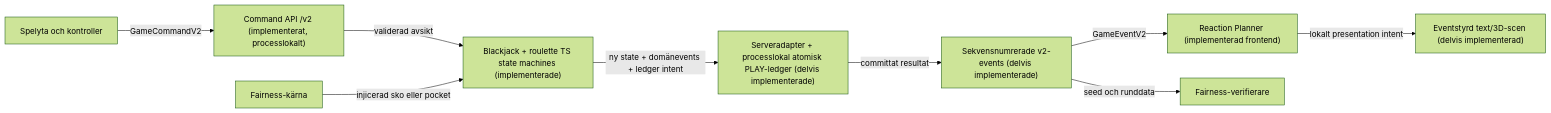
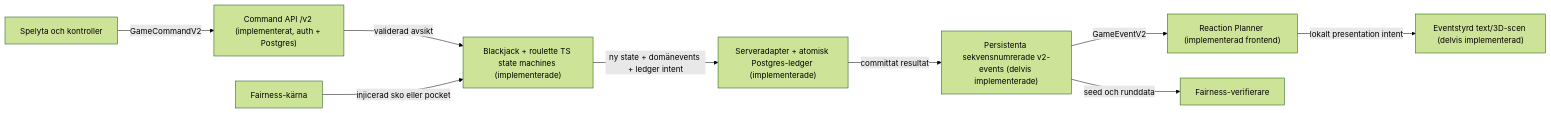
Before and after one commit to Jakeminator123/spelsajt: the first of 3 diagrams in docs/SYSTEM_CANVAS.md, drawn with Mermaid (forest theme). The commit also changed other lines of this file and 2 other files, not shown here.

````diff
--- a/docs/SYSTEM_CANVAS.md
+++ b/docs/SYSTEM_CANVAS.md
@@ -19,21 +19,21 @@
 ```mermaid
 flowchart LR
     UI["Spelyta och kontroller"]
-    API["Command API /v2 (implementerat, processlokalt)"]
+    API["Command API /v2 (implementerat, auth + Postgres)"]
     CORE["Blackjack + roulette TS state machines (implementerade)"]
     FAIR["Fairness-kärna"]
-    TX["Serveradapter + processlokal atomisk PLAY-ledger (delvis implementerade)"]
-    EVENTS["Sekvensnumrerade v2-events (delvis implementerade)"]
+    TX["Serveradapter + atomisk Postgres-ledger (implementerade)"]
+    EVENTS["Persistenta sekvensnumrerade v2-events (delvis implementerade)"]
     PLAN["Reaction Planner (implementerad frontend)"]
     SCENE["Eventstyrd text/3D-scen (delvis implementerad)"]
     VERIFY["Fairness-verifierare"]
 
     UI -->|"GameCommandV2"| API
     API -->|"validerad avsikt"| CORE
     FAIR -->|"injicerad sko eller pocket"| CORE
     CORE -->|"ny state + domänevents + ledger intent"| TX
     TX -->|"committat resultat"| EVENTS
     EVENTS -->|"GameEventV2"| PLAN
     PLAN -->|"lokalt presentation intent"| SCENE
     EVENTS -->|"seed och runddata"| VERIFY
 ```
````
